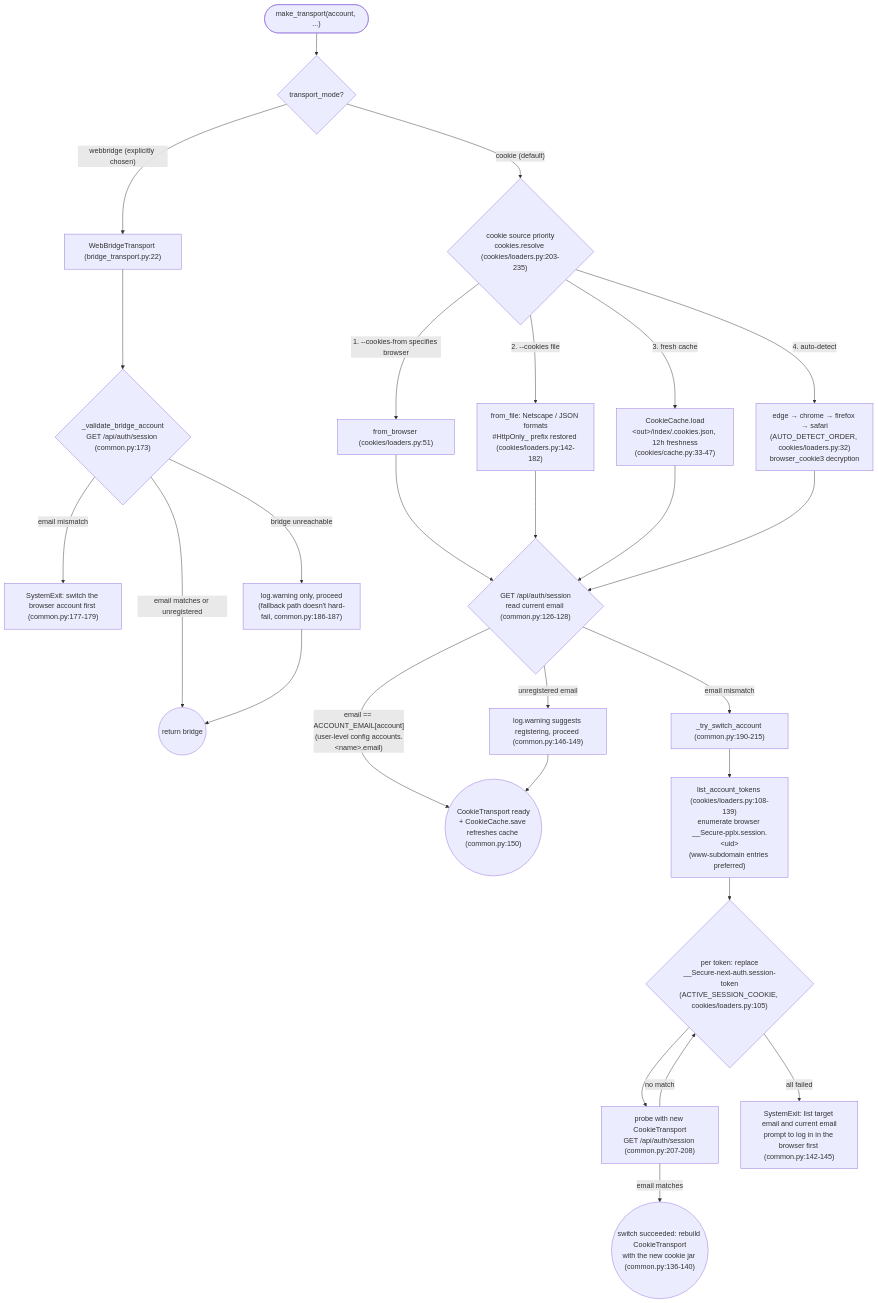
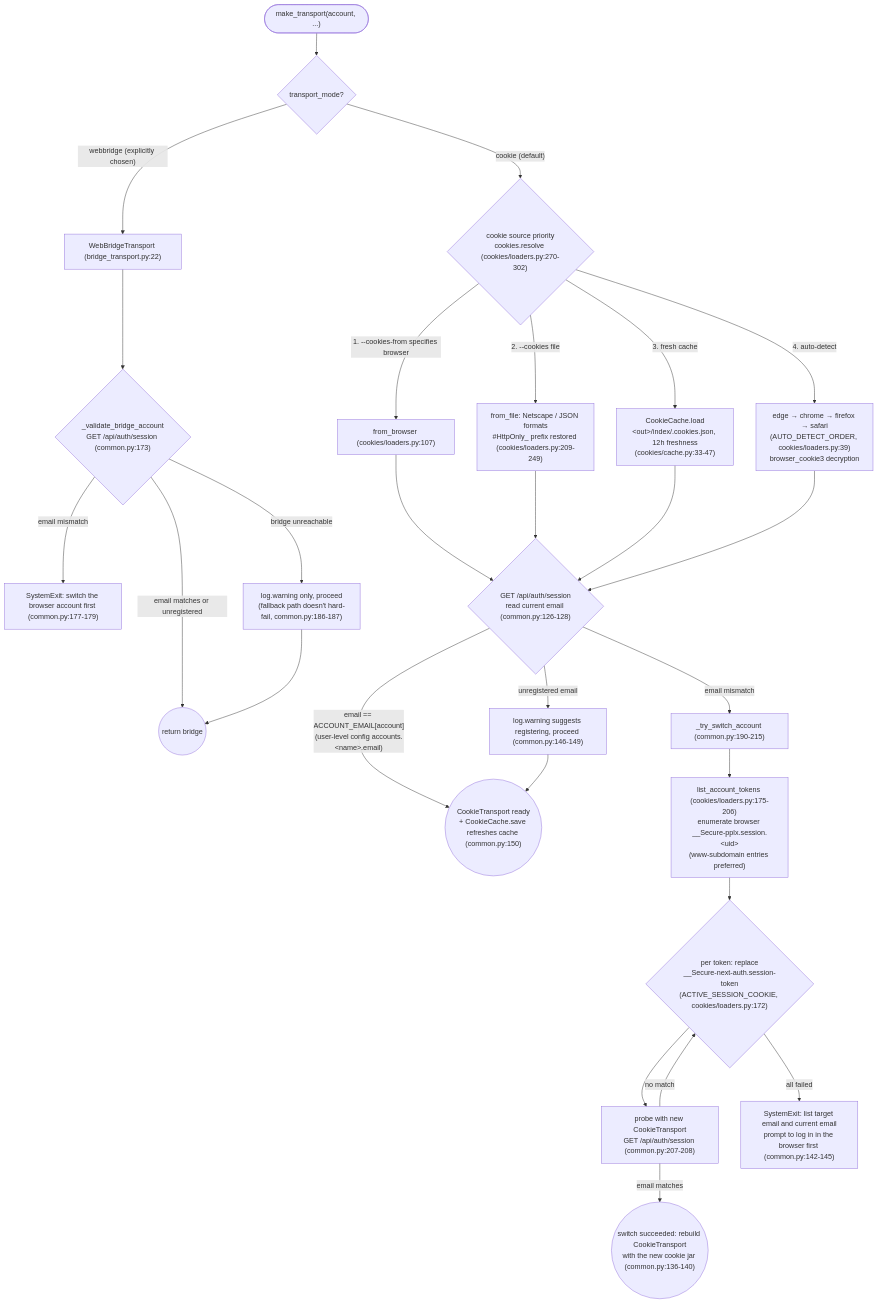
One commit to Yiksing/pplx-tools changed the second of 2 diagrams in docs/architecture/ask-and-accounts.md. Above: the diagram before and after it, drawn with Mermaid. The commit also changed other lines of this file and 7 other files, not shown here.

Commit message:
docs(guide,architecture): document the keyring D-Bus fallback and refresh loaders.py line references

````diff
--- a/docs/architecture/ask-and-accounts.md
+++ b/docs/architecture/ask-and-accounts.md
@@ -71,30 +71,30 @@
 ```mermaid
 flowchart TD
     START(["make_transport(account, ...)"]) --> MODE{"transport_mode?"}
     MODE -->|"webbridge (explicitly chosen)"| WB1["WebBridgeTransport (bridge_transport.py:22)"]
     WB1 --> WB2{"_validate_bridge_account<br/>GET /api/auth/session (common.py:173)"}
     WB2 -->|"email matches or unregistered"| WBOK(("return bridge"))
     WB2 -->|"email mismatch"| WBERR["SystemExit: switch the browser account first (common.py:177-179)"]
     WB2 -->|"bridge unreachable"| WBWARN["log.warning only, proceed<br/>(fallback path doesn't hard-fail, common.py:186-187)"]
     WBWARN --> WBOK
 
-    MODE -->|"cookie (default)"| SRC{"cookie source priority<br/>cookies.resolve (cookies/loaders.py:203-235)"}
-    SRC -->|"1. --cookies-from specifies browser"| F1["from_browser (cookies/loaders.py:51)"]
-    SRC -->|"2. --cookies file"| F2["from_file: Netscape / JSON formats<br/>#HttpOnly_ prefix restored (cookies/loaders.py:142-182)"]
+    MODE -->|"cookie (default)"| SRC{"cookie source priority<br/>cookies.resolve (cookies/loaders.py:270-302)"}
+    SRC -->|"1. --cookies-from specifies browser"| F1["from_browser (cookies/loaders.py:107)"]
+    SRC -->|"2. --cookies file"| F2["from_file: Netscape / JSON formats<br/>#HttpOnly_ prefix restored (cookies/loaders.py:209-249)"]
     SRC -->|"3. fresh cache"| F3["CookieCache.load<br/>&lt;out&gt;/index/.cookies.json, 12h freshness<br/>(cookies/cache.py:33-47)"]
-    SRC -->|"4. auto-detect"| F4["edge → chrome → firefox → safari<br/>(AUTO_DETECT_ORDER, cookies/loaders.py:32)<br/>browser_cookie3 decryption"]
+    SRC -->|"4. auto-detect"| F4["edge → chrome → firefox → safari<br/>(AUTO_DETECT_ORDER, cookies/loaders.py:39)<br/>browser_cookie3 decryption"]
     F1 --> SESS
     F2 --> SESS
     F3 --> SESS
     F4 --> SESS
     SESS{"GET /api/auth/session<br/>read current email (common.py:126-128)"}
     SESS -->|"email == ACCOUNT_EMAIL[account]<br/>(user-level config accounts.&lt;name&gt;.email)"| OK(("CookieTransport ready<br/>+ CookieCache.save refreshes cache (common.py:150)"))
     SESS -->|"unregistered email"| WARN2["log.warning suggests registering, proceed (common.py:146-149)"] --> OK
     SESS -->|"email mismatch"| SW["_try_switch_account (common.py:190-215)"]
-    SW --> ENUM["list_account_tokens (cookies/loaders.py:108-139)<br/>enumerate browser __Secure-pplx.session.&lt;uid&gt;<br/>(www-subdomain entries preferred)"]
-    ENUM --> LOOP{"per token: replace<br/>__Secure-next-auth.session-token<br/>(ACTIVE_SESSION_COOKIE, cookies/loaders.py:105)"}
+    SW --> ENUM["list_account_tokens (cookies/loaders.py:175-206)<br/>enumerate browser __Secure-pplx.session.&lt;uid&gt;<br/>(www-subdomain entries preferred)"]
+    ENUM --> LOOP{"per token: replace<br/>__Secure-next-auth.session-token<br/>(ACTIVE_SESSION_COOKIE, cookies/loaders.py:172)"}
     LOOP --> PROBE["probe with new CookieTransport<br/>GET /api/auth/session (common.py:207-208)"]
     PROBE -->|"email matches"| SWOK(("switch succeeded: rebuild CookieTransport<br/>with the new cookie jar (common.py:136-140)"))
     PROBE -->|"no match"| LOOP
     LOOP -->|"all failed"| ERR["SystemExit: list target email and current email<br/>prompt to log in in the browser first (common.py:142-145)"]
 ```
````
